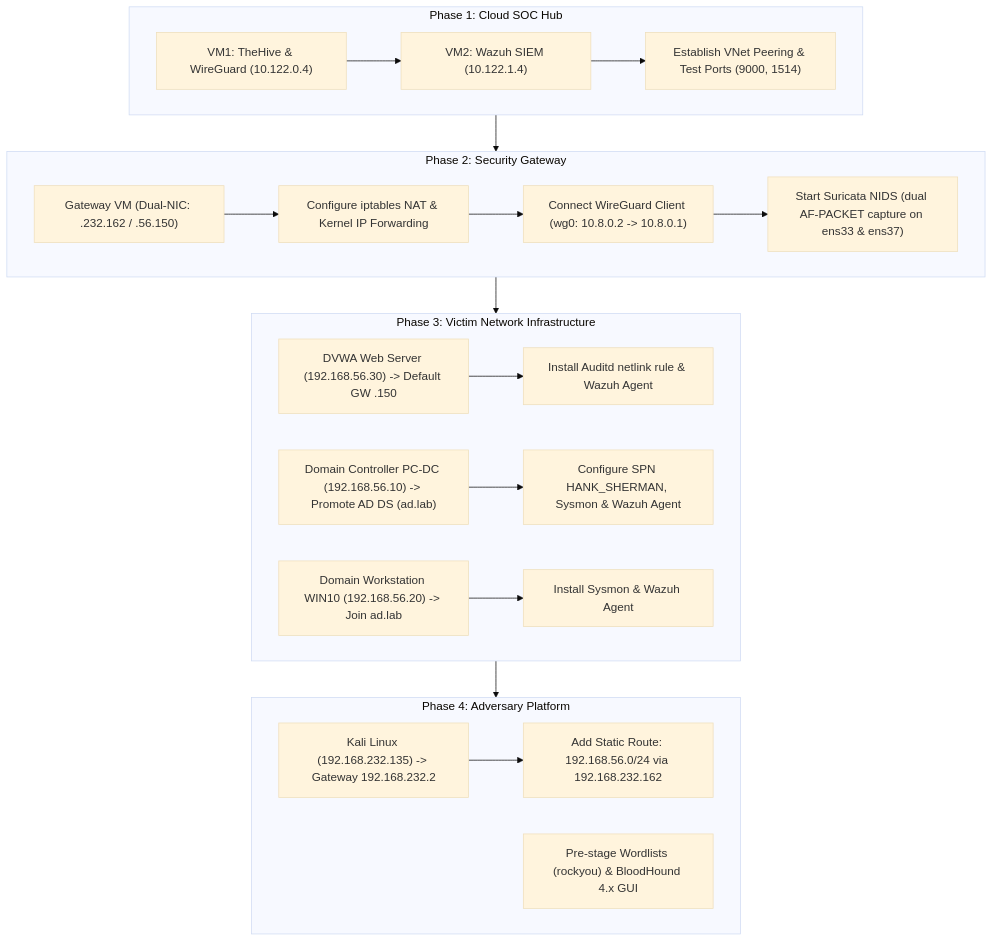
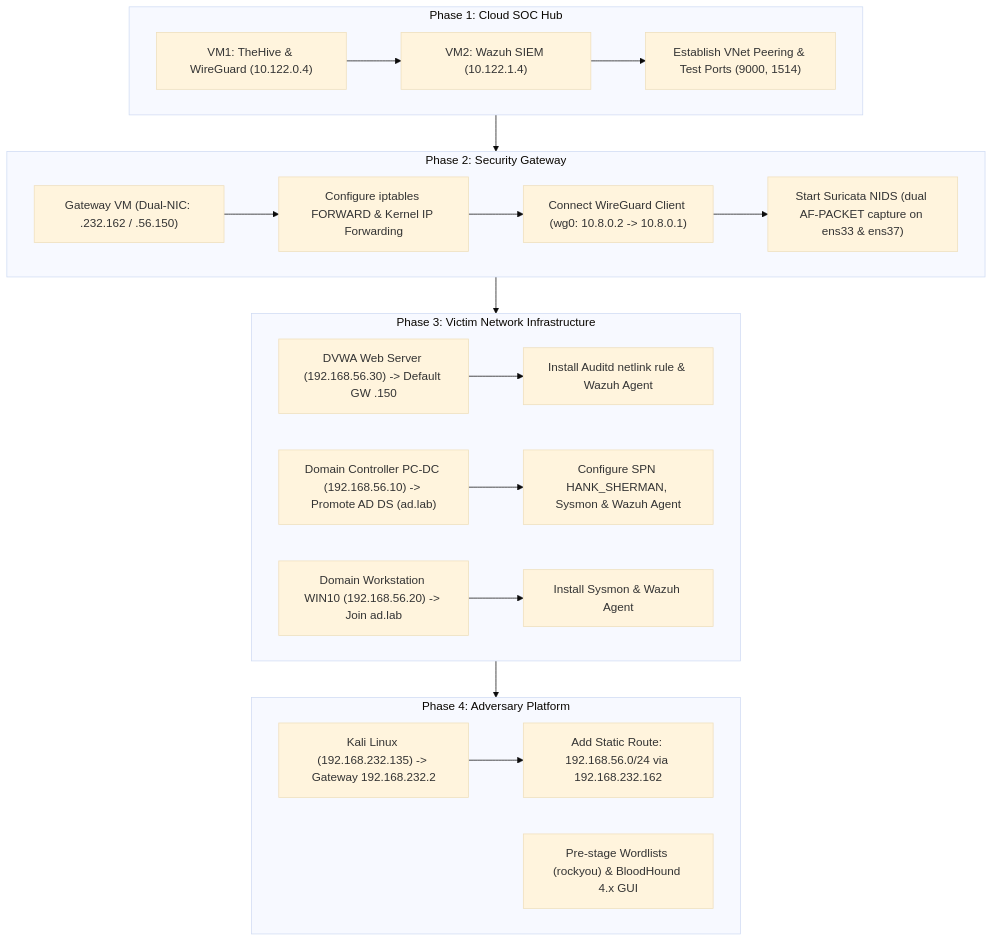
Before and after one commit to EclipseManic/SOC-Lab: the diagram in 01-Lab-Setup/README.md, drawn with Mermaid (base theme). The commit also changed other lines of this file and 7 other files, not shown here.

````diff
--- a/01-Lab-Setup/README.md
+++ b/01-Lab-Setup/README.md
@@ -207,26 +207,26 @@
 ```mermaid
 flowchart TD
     subgraph Phase1["Phase 1: Cloud SOC Hub"]
         P1A["VM1: TheHive & WireGuard (10.122.0.4)"] --> P1B["VM2: Wazuh SIEM (10.122.1.4)"]
         P1B --> P1C["Establish VNet Peering & Test Ports (9000, 1514)"]
     end
 
     subgraph Phase2["Phase 2: Security Gateway"]
-        P2A["Gateway VM (Dual-NIC: .232.162 / .56.150)"] --> P2B["Configure iptables NAT & Kernel IP Forwarding"]
+        P2A["Gateway VM (Dual-NIC: .232.162 / .56.150)"] --> P2B["Configure iptables FORWARD & Kernel IP Forwarding"]
         P2B --> P2C["Connect WireGuard Client (wg0: 10.8.0.2 -> 10.8.0.1)"]
         P2C --> P2D["Start Suricata NIDS (dual AF-PACKET capture on ens33 & ens37)"]
     end
 
     subgraph Phase3["Phase 3: Victim Network Infrastructure"]
         P3A["DVWA Web Server (192.168.56.30) -> Default GW .150"] --> P3B["Install Auditd netlink rule & Wazuh Agent"]
         P3C["Domain Controller PC-DC (192.168.56.10) -> Promote AD DS (ad.lab)"] --> P3D["Configure SPN HANK_SHERMAN, Sysmon & Wazuh Agent"]
         P3E["Domain Workstation WIN10 (192.168.56.20) -> Join ad.lab"] --> P3F["Install Sysmon & Wazuh Agent"]
     end
 
     subgraph Phase4["Phase 4: Adversary Platform"]
         P4A["Kali Linux (192.168.232.135) -> Gateway 192.168.232.2"] --> P4B["Add Static Route: 192.168.56.0/24 via 192.168.232.162"]
         P4C["Pre-stage Wordlists (rockyou) & BloodHound 4.x GUI"]
     end
 
     Phase1 --> Phase2 --> Phase3 --> Phase4
 ```
````
